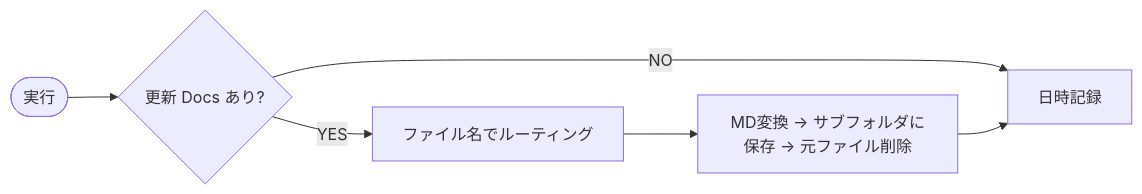
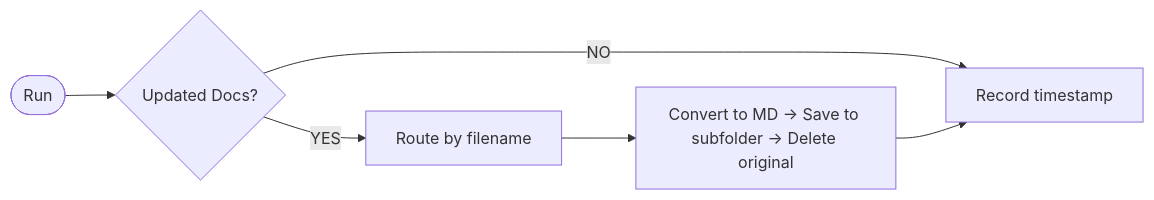
Before and after one commit to cm-yoshikikasama/blog_code: the second of 2 diagrams in 64_gas_gdocs_to_markdown/README.md, drawn with Mermaid. The commit also changed other lines of this file and 1 other file, not shown here.

Commit message:
docs(gas-gdocs-to-markdown): translate README, comments, and diagrams to English

````diff
--- a/64_gas_gdocs_to_markdown/README.md
+++ b/64_gas_gdocs_to_markdown/README.md
@@ -18,8 +18,8 @@
 ```mermaid
 flowchart LR
-    A(["実行"]) --> B{"更新 Docs あり?"}
-    B -->|NO| C["日時記録"]
-    B -->|YES| D["ファイル名でルーティング"]
-    D --> E["MD変換 → サブフォルダに保存 → 元ファイル削除"]
+    A(["Run"]) --> B{"Updated Docs?"}
+    B -->|NO| C["Record timestamp"]
+    B -->|YES| D["Route by filename"]
+    D --> E["Convert to MD → Save to subfolder → Delete original"]
     E --> C
 ```
````
